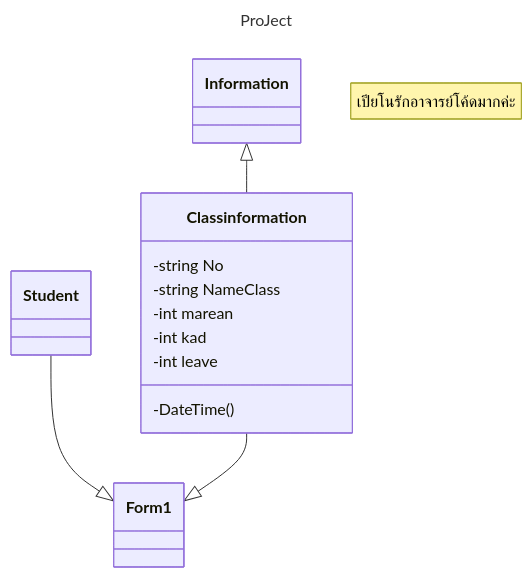
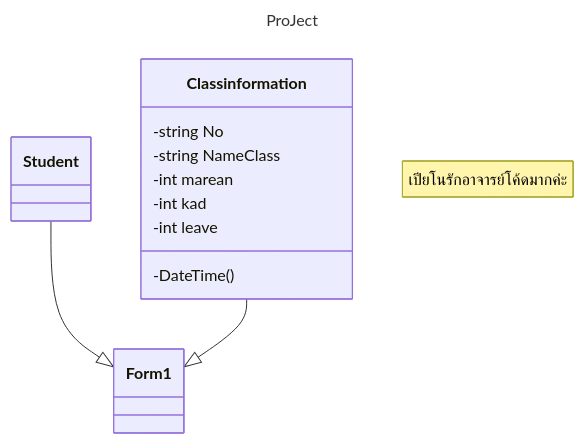
The diagram in README.md (Natithorn/Test), drawn with Mermaid before and after one commit.

````diff
--- a/README.md
+++ b/README.md
@@ -1,20 +1,19 @@
 ```mermaid
 ---
 title: ProJect
 ---
 classDiagram
     note "เปียโนรักอาจารย์โค้ดมากค่ะ"
     Student --|> Form1
     Classinformation --|> Form1
-    Information <|-- Classinformation
     class Classinformation{
         -string No
         -string NameClass
         -int marean
         -int kad
         -int leave
         -DateTime()
         
     }
     
 ```
````
